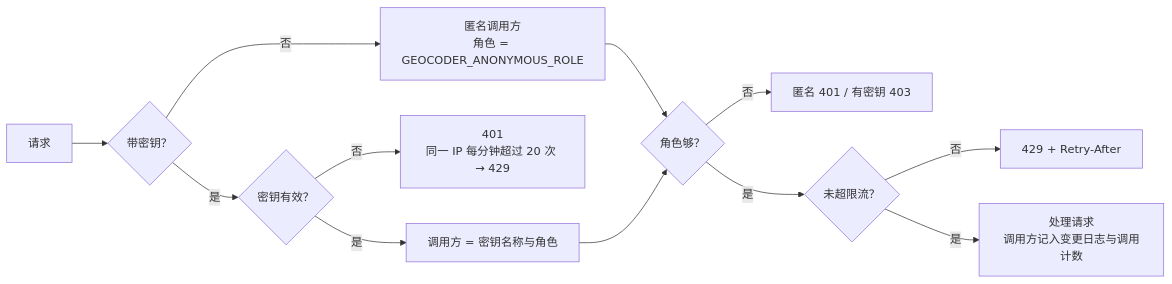
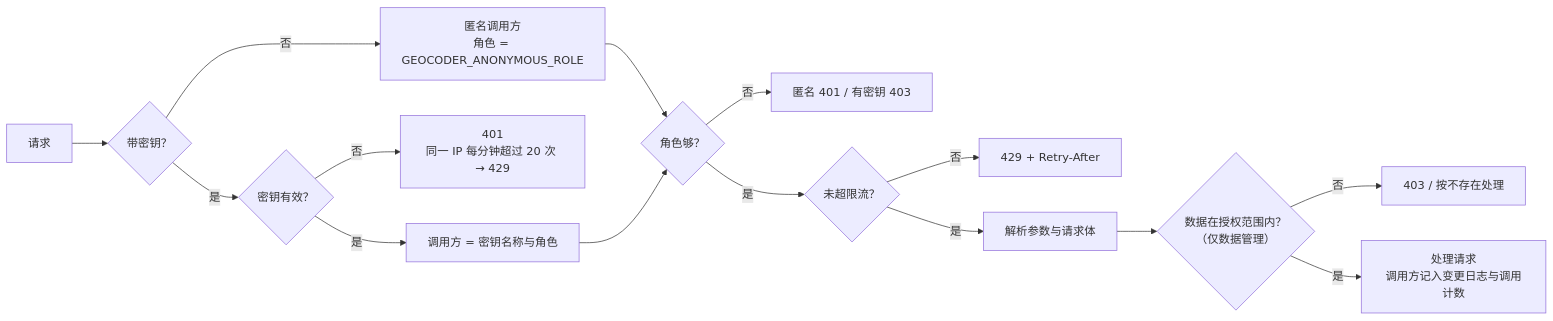
One commit to GeoVerseLabs/geoverse-cn-coding changed the diagram in docs/auth.md. Above: the diagram before and after it, drawn with Mermaid. The commit also changed other lines of this file and 14 other files, not shown here.

````diff
--- a/docs/auth.md
+++ b/docs/auth.md
@@ -7,14 +25,17 @@
 ```mermaid
 flowchart LR
   A["请求"] --> B{"带密钥？"}
   B -->|"是"| C{"密钥有效？"}
   B -->|"否"| D["匿名调用方<br/>角色 = GEOCODER_ANONYMOUS_ROLE"]
   C -->|"否"| E["401<br/>同一 IP 每分钟超过 20 次 → 429"]
   C -->|"是"| F["调用方 = 密钥名称与角色"]
   D --> G{"角色够？"}
   F --> G
   G -->|"否"| H["匿名 401 / 有密钥 403"]
   G -->|"是"| I{"未超限流？"}
   I -->|"否"| J["429 + Retry-After"]
-  I -->|"是"| K["处理请求<br/>调用方记入变更日志与调用计数"]
+  I -->|"是"| P["解析参数与请求体"]
+  P --> Q{"数据在授权范围内？<br/>（仅数据管理）"}
+  Q -->|"否"| R["403 / 按不存在处理"]
+  Q -->|"是"| K["处理请求<br/>调用方记入变更日志与调用计数"]
 ```
````
